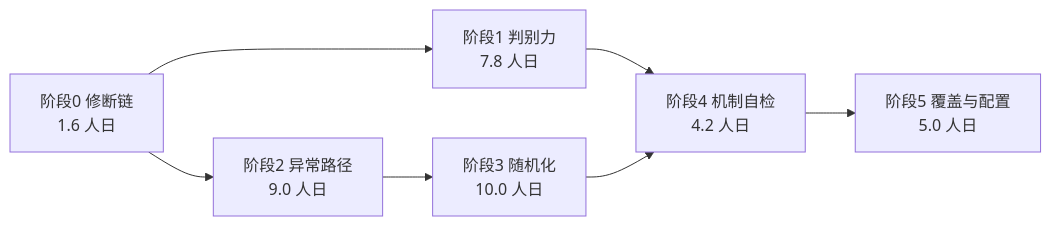
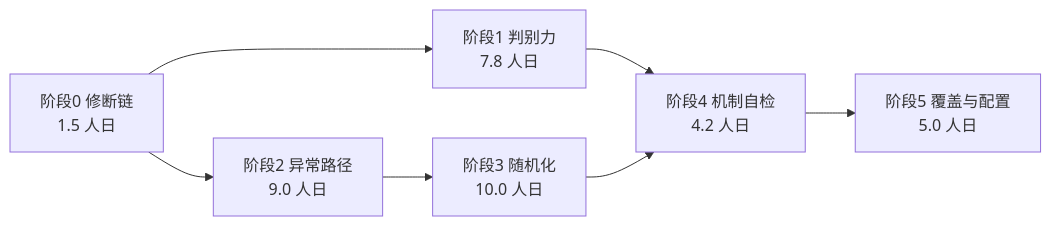
The diagram in docs/测试系统全面优化-任务清单-2026-11-04.md (yuebo119/PalORM), drawn with Mermaid before and after one commit. The commit also changed other lines of this file and 5 other files, not shown here.

````diff
--- a/docs/测试系统全面优化-任务清单-2026-11-04.md
+++ b/docs/测试系统全面优化-任务清单-2026-11-04.md
@@ -25,9 +25,9 @@
 ```mermaid
 graph LR
-    F0["阶段0 修断链<br/>1.6 人日"] --> F1["阶段1 判别力<br/>7.8 人日"]
+    F0["阶段0 修断链<br/>1.5 人日"] --> F1["阶段1 判别力<br/>7.8 人日"]
     F0 --> F2["阶段2 异常路径<br/>9.0 人日"]
     F1 --> F4["阶段4 机制自检<br/>4.2 人日"]
     F2 --> F3["阶段3 随机化<br/>10.0 人日"]
     F3 --> F4
     F4 --> F5["阶段5 覆盖与配置<br/>5.0 人日"]
 ```
````
